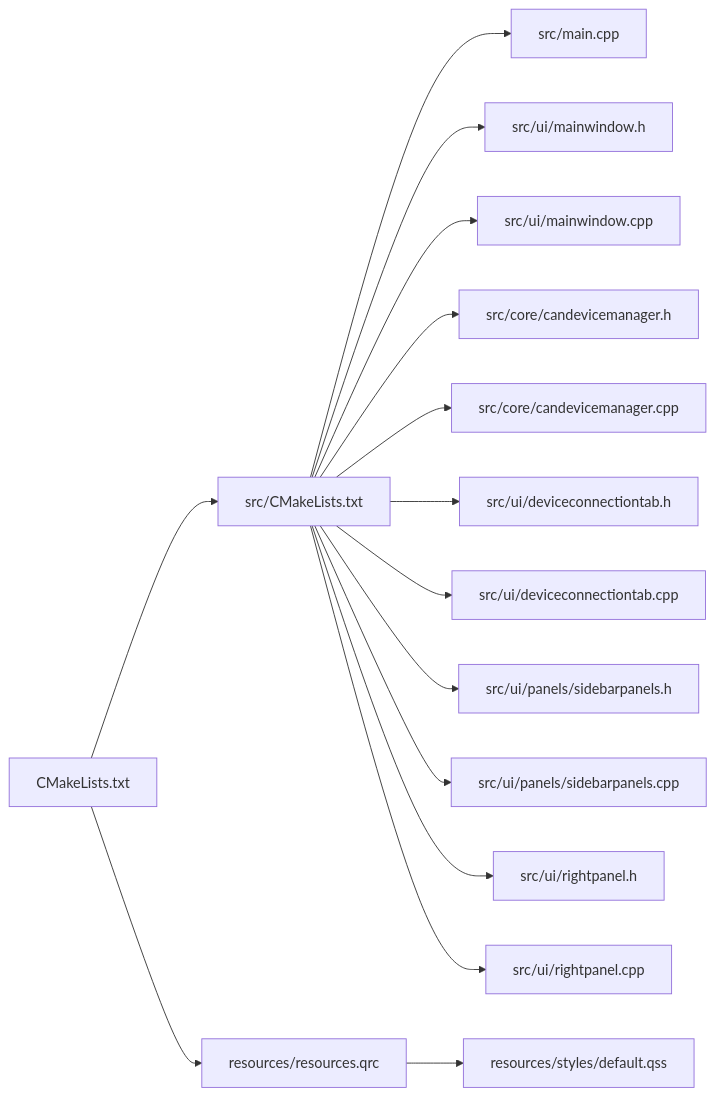
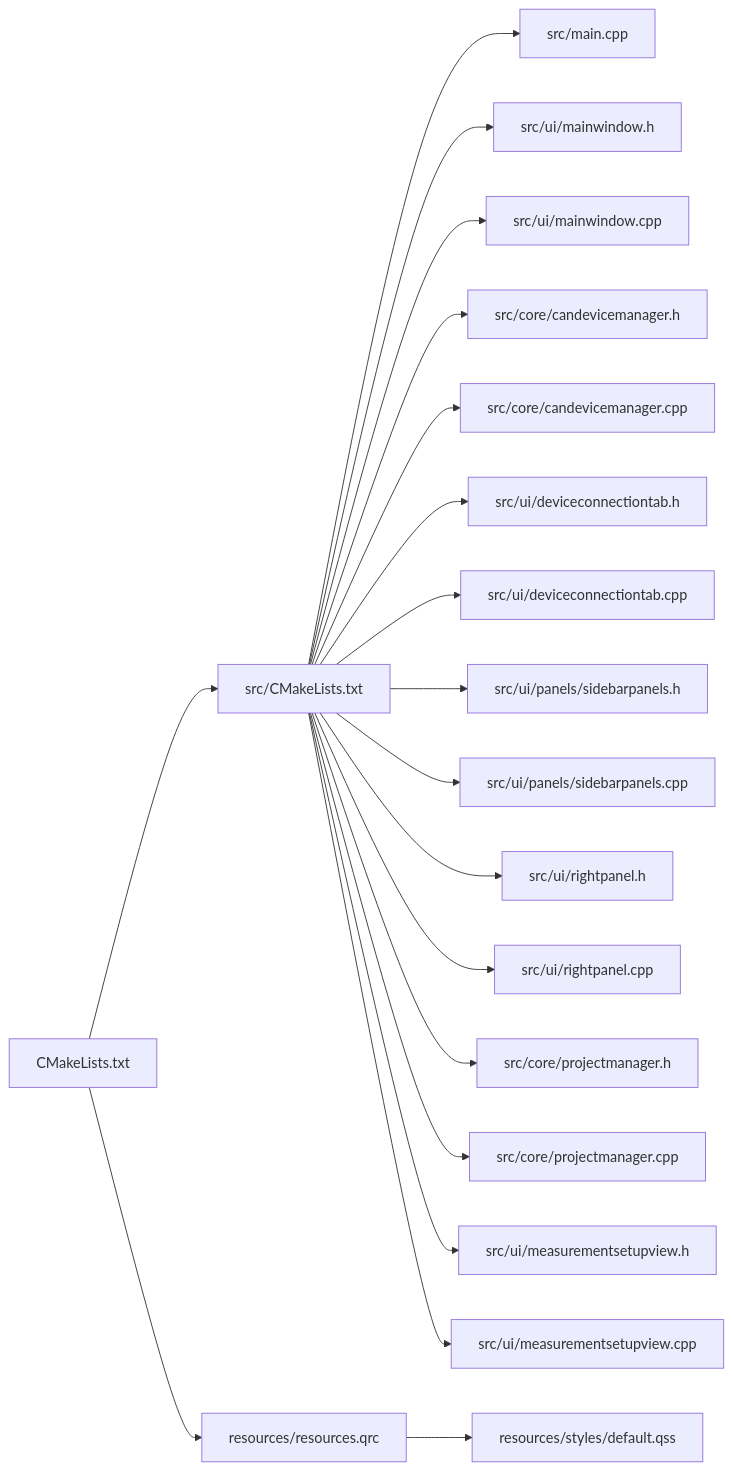
The tenth of 10 diagrams in .qoder/repowiki/zh/content/核心模块详解/主窗口组件.md (jakecai1225-design/OpenBus), drawn with Mermaid before and after one commit. The commit also changed other lines of this file and 109 other files, not shown here.

````diff
--- a/.qoder/repowiki/zh/content/核心模块详解/主窗口组件.md
+++ b/.qoder/repowiki/zh/content/核心模块详解/主窗口组件.md
@@ -519,17 +596,21 @@
 ```mermaid
 graph LR
 CMake["CMakeLists.txt"] --> SrcCMake["src/CMakeLists.txt"]
 SrcCMake --> MainCPP["src/main.cpp"]
 SrcCMake --> MW_H["src/ui/mainwindow.h"]
 SrcCMake --> MW_CPP["src/ui/mainwindow.cpp"]
 SrcCMake --> CDM_H["src/core/candevicemanager.h"]
 SrcCMake --> CDM_CPP["src/core/candevicemanager.cpp"]
 SrcCMake --> DCT_H["src/ui/deviceconnectiontab.h"]
 SrcCMake --> DCT_CPP["src/ui/deviceconnectiontab.cpp"]
 SrcCMake --> SP_H["src/ui/panels/sidebarpanels.h"]
 SrcCMake --> SP_CPP["src/ui/panels/sidebarpanels.cpp"]
 SrcCMake --> RP_H["src/ui/rightpanel.h"]
 SrcCMake --> RP_CPP["src/ui/rightpanel.cpp"]
+SrcCMake --> PM_H["src/core/projectmanager.h"]
+SrcCMake --> PM_CPP["src/core/projectmanager.cpp"]
+SrcCMake --> MSV_H["src/ui/measurementsetupview.h"]
+SrcCMake --> MSV_CPP["src/ui/measurementsetupview.cpp"]
 CMake --> QRC["resources/resources.qrc"]
 QRC --> QSS["resources/styles/default.qss"]
 ```
````
